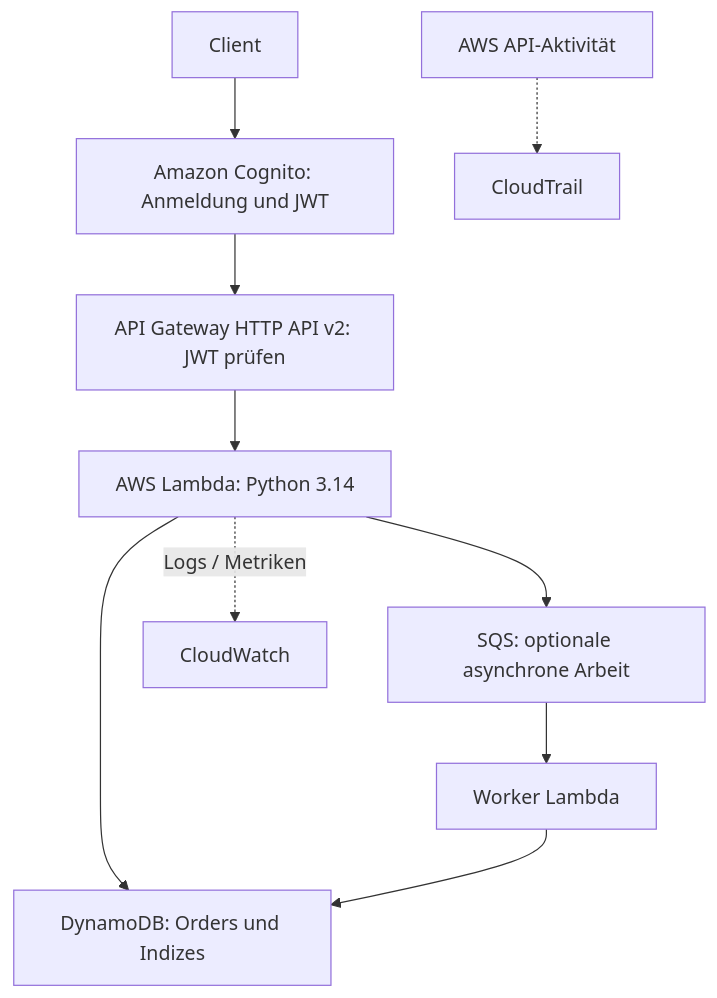
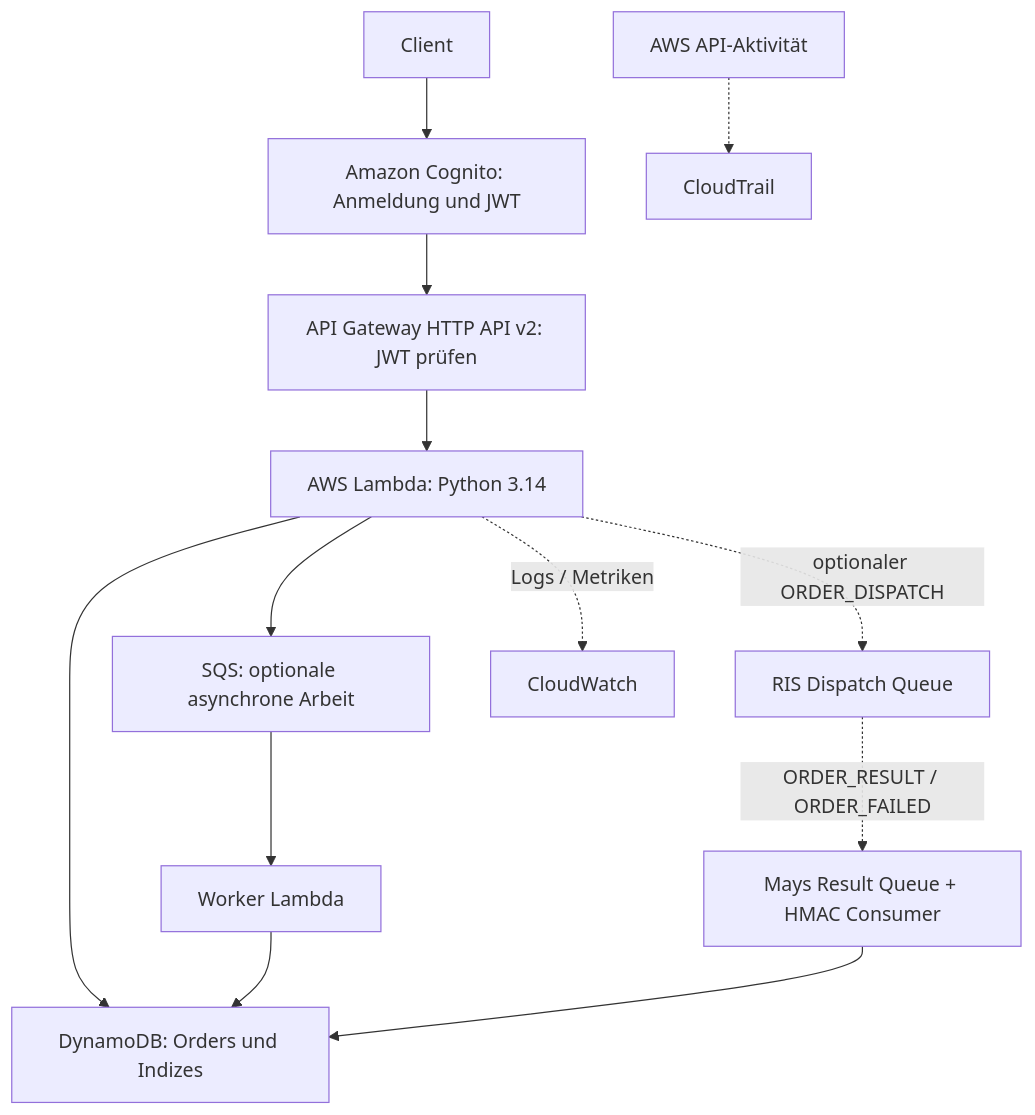
The first of 2 diagrams in docs/wiki/02-architektur.md (maynowak/mays-order-aws), drawn with Mermaid before and after one commit. The commit also changed other lines of this file and 45 other files, not shown here.

Commit message:
fix: restore RIS agent order transport compatibility

````diff
--- a/docs/wiki/02-architektur.md
+++ b/docs/wiki/02-architektur.md
@@ -21,12 +21,15 @@
 ```mermaid
 flowchart TD
   User["Client"] --> Login["Amazon Cognito: Anmeldung und JWT"]
   Login --> Api["API Gateway HTTP API v2: JWT prüfen"]
   Api --> Fn["AWS Lambda: Python 3.14"]
   Fn --> Db["DynamoDB: Orders und Indizes"]
   Fn --> Queue["SQS: optionale asynchrone Arbeit"]
   Queue --> Worker["Worker Lambda"]
   Worker --> Db
+  Fn -. "optionaler ORDER_DISPATCH" .-> RisQueue["RIS Dispatch Queue"]
+  RisQueue -. "ORDER_RESULT / ORDER_FAILED" .-> ResultQueue["Mays Result Queue + HMAC Consumer"]
+  ResultQueue --> Db
   Fn -. "Logs / Metriken" .-> Obs["CloudWatch"]
   Aws["AWS API-Aktivität"] -.-> Trail["CloudTrail"]
 ```
````
